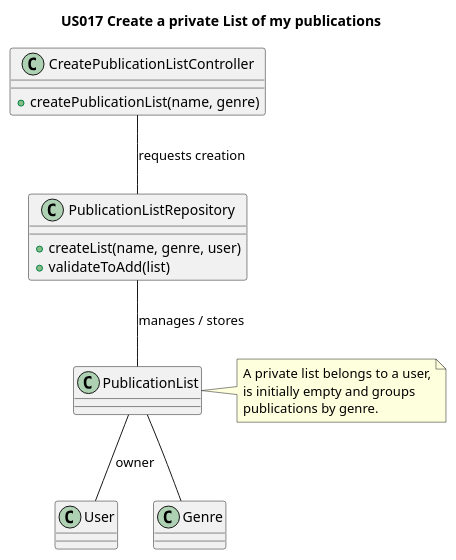
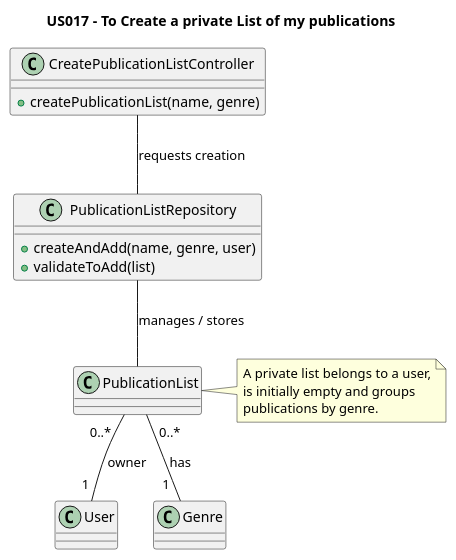
The diagram in Diagrams/ClassDiagrams/US017-to-create-private-publication-list.puml (AndrePereiraGitH/SWitCH-Project-Team_A), drawn with PlantUML before and after one commit. The commit also changed 4 other files, not shown here.

Commit message:
Update diagrams for #88 #89 #92 #94 (SSD N1, N2 and Class)

```diff
--- a/Diagrams/ClassDiagrams/US017-to-create-private-publication-list.puml
+++ b/Diagrams/ClassDiagrams/US017-to-create-private-publication-list.puml
@@ -1,30 +1,32 @@
 @startuml
-title US017 Create a private List of my publications
+title US017 - To Create a private List of my publications
 
 class CreatePublicationListController {
   + createPublicationList(name, genre)
 }
 
 class PublicationListRepository {
-  + createList(name, genre, user)
+  + createAndAdd(name, genre, user)
   + validateToAdd(list)
 }
 
 class PublicationList {
 }
 
 class User
 class Genre
 
 CreatePublicationListController -- PublicationListRepository : requests creation
 PublicationListRepository -- PublicationList : manages / stores
-PublicationList -- User : owner
-PublicationList -- Genre
+PublicationList "0..*  " -- "1 " User : owner
+PublicationList "  0..*" -- "1  " Genre : has
 
 note right of PublicationList
   A private list belongs to a user,
   is initially empty and groups
   publications by genre.
 end note
 
+
+
 @enduml
```
